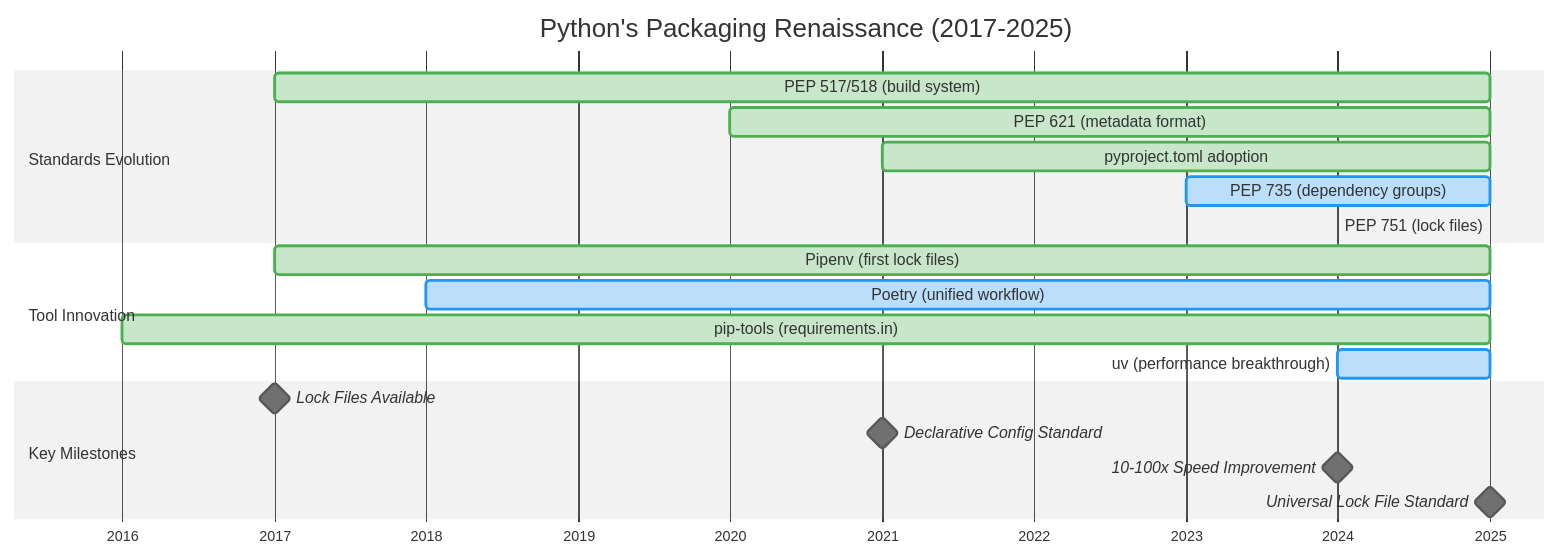
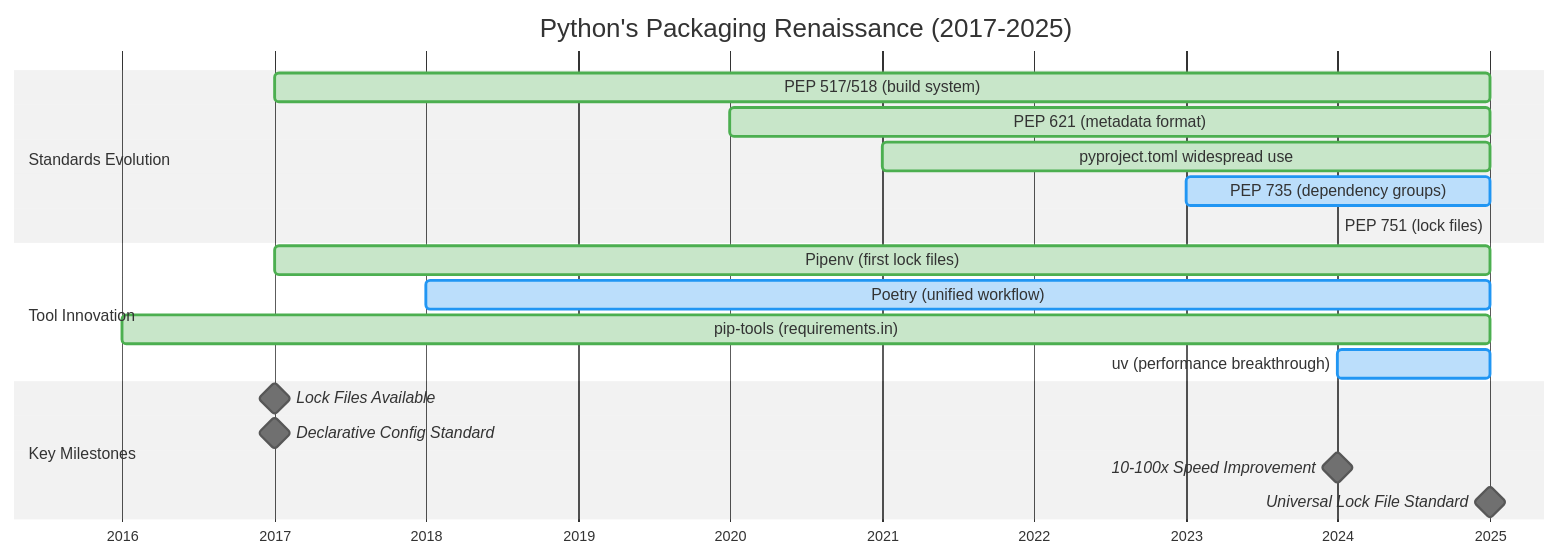
Before and after one commit to d2207197/slides-and-docs: the diagram in python-packaging-and-best-practices/sections/09-the-root-causes-why-python-fell-behind.md, drawn with Mermaid. The commit also changed other lines of this file and 1 other file, not shown here.

First line of the commit message:
Enhance Python packaging timeline accuracy and add innovation milestones

````diff
--- a/python-packaging-and-best-practices/sections/09-the-root-causes-why-python-fell-behind.md
+++ b/python-packaging-and-best-practices/sections/09-the-root-causes-why-python-fell-behind.md
@@ -141,40 +158,40 @@
 ```mermaid
 ---
 config:
   theme: neutral
   themeVariables:
     critBkgColor: '#ffcccc'
     critBorderColor: '#ff6666'
     critTextColor: '#000000'
     doneTaskBkgColor: '#c8e6c9'
     doneTaskBorderColor: '#4caf50'
     doneTaskTextColor: '#000000'
     activeTaskBkgColor: '#bbdefb'
     activeTaskBorderColor: '#2196f3'
     activeTaskTextColor: '#000000'
     taskTextColor: '#000000'
 ---
 gantt
     title Python's Packaging Renaissance (2017-2025)
     dateFormat YYYY
     axisFormat %Y
     
     section Standards Evolution
     PEP 517/518 (build system)      :done, std1, 2017, 2025
     PEP 621 (metadata format)       :done, std2, 2020, 2025
-    pyproject.toml adoption          :done, std3, 2021, 2025
+    pyproject.toml widespread use    :done, std3, 2021, 2025
     PEP 735 (dependency groups)     :active, std4, 2023, 2025
     PEP 751 (lock files)            :active, std5, 2025, 2025
     
     section Tool Innovation
     Pipenv (first lock files)       :done, tool1, 2017, 2025
     Poetry (unified workflow)       :active, tool2, 2018, 2025
     pip-tools (requirements.in)     :done, tool3, 2016, 2025
     uv (performance breakthrough)   :active, tool4, 2024, 2025
     
     section Key Milestones
     Lock Files Available            :milestone, mile1, 2017, 0d
-    Declarative Config Standard     :milestone, mile2, 2021, 0d
+    Declarative Config Standard     :milestone, mile2, 2017, 0d
     10-100x Speed Improvement       :milestone, mile3, 2024, 0d
     Universal Lock File Standard    :milestone, mile4, 2025, 0d
 ```
````
